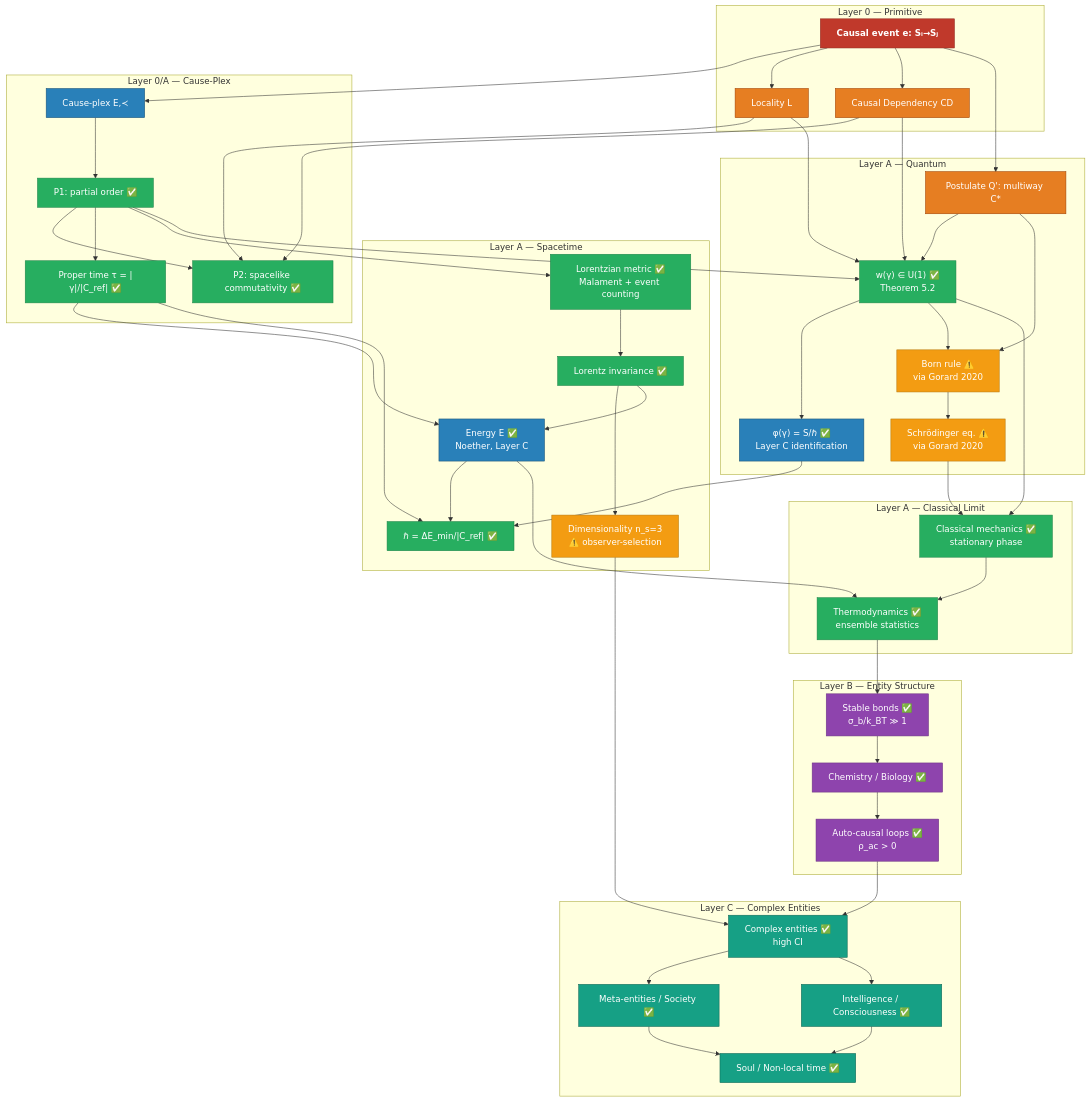
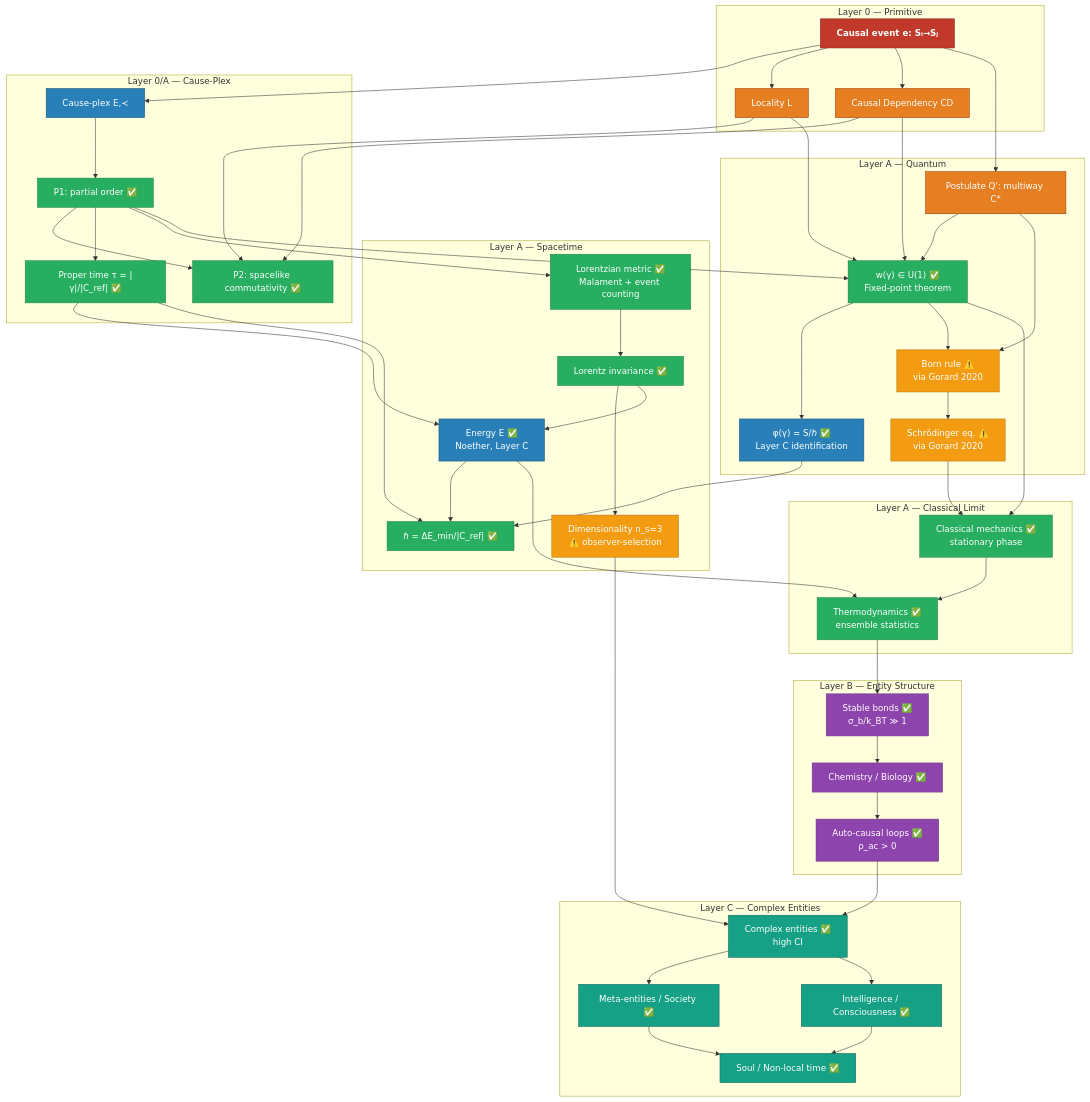
The second of 2 diagrams in docs/theory/series_map.md (ianderrington/epiphysics), drawn with Mermaid before and after one commit. The commit also changed other lines of this file and 30 other files, not shown here.

```diff
--- a/docs/theory/series_map.md
+++ b/docs/theory/series_map.md
@@ -154,7 +155,7 @@
 
     subgraph LA3["Layer A — Quantum"]
         QP["Postulate Q': multiway C*"]:::postulate
-        U1["w(γ) ∈ U(1) ✅<br/>Theorem 5.2"]:::proved
+        U1["w(γ) ∈ U(1) ✅<br/>Fixed-point theorem"]:::proved
         PHI["φ(γ) = S/ℏ ✅<br/>Layer C identification"]:::definition
         BORN["Born rule ⚠️<br/>via Gorard 2020"]:::conditional
         SCHRO["Schrödinger eq. ⚠️<br/>via Gorard 2020"]:::conditional
```
